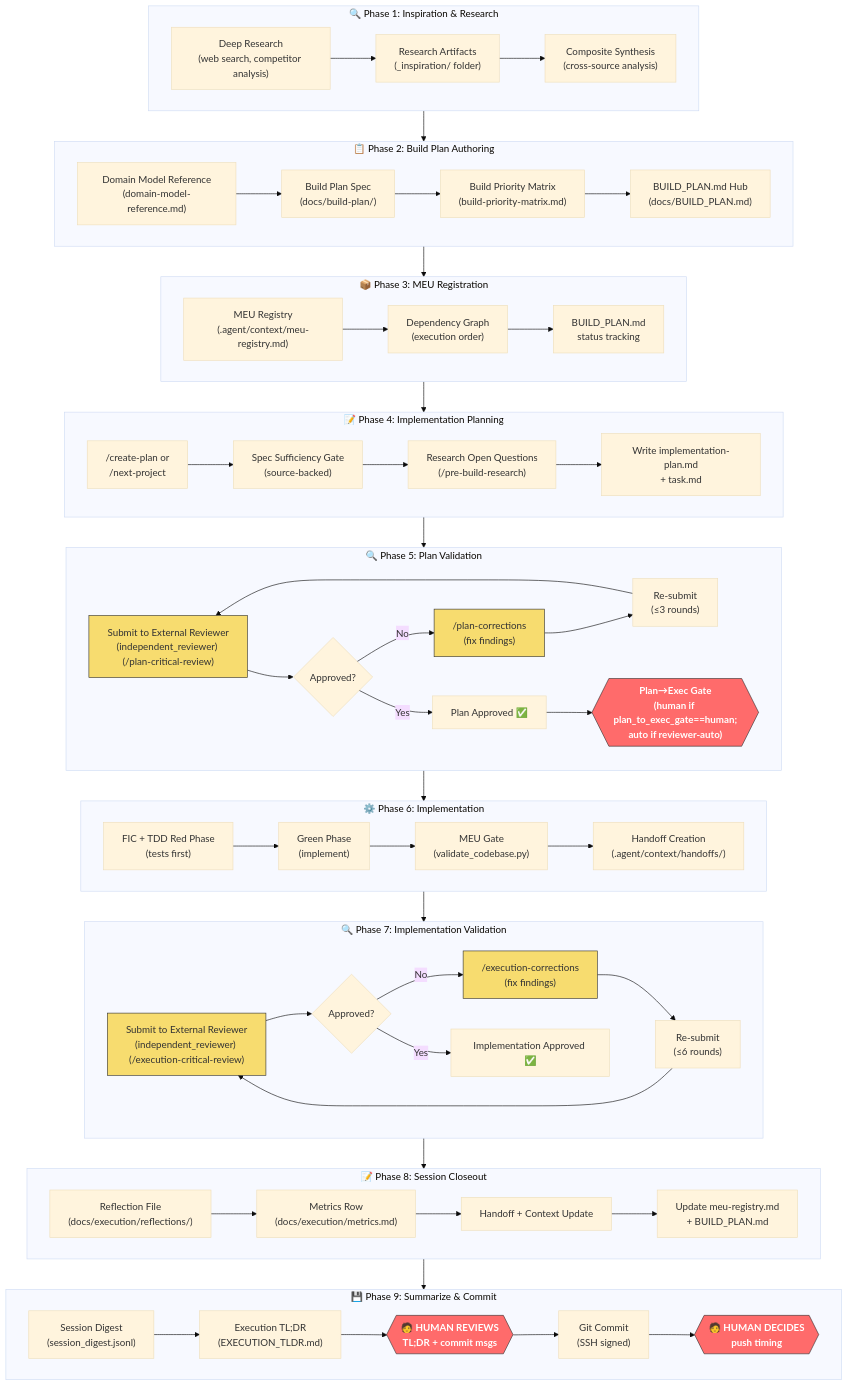
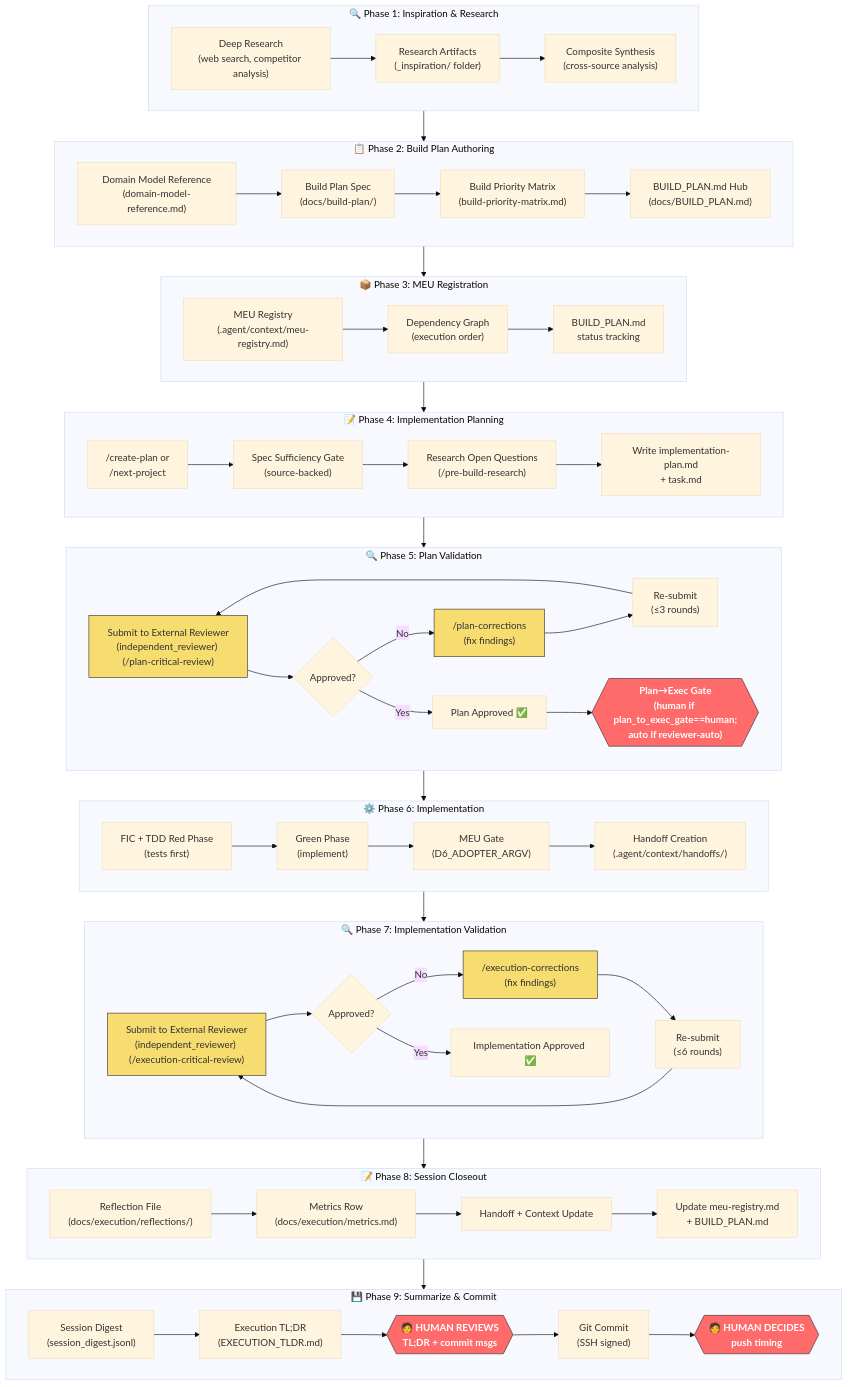
One commit to matbanik/agentic-framework changed the first of 3 diagrams in core/.agent/docs/development-lifecycle.md. Above: the diagram before and after it, drawn with Mermaid (base theme). The commit also changed other lines of this file and 72 other files, not shown here.

```diff
--- a/core/.agent/docs/development-lifecycle.md
+++ b/core/.agent/docs/development-lifecycle.md
@@ -62,7 +62,7 @@
     subgraph PHASE_6["⚙️ Phase 6: Implementation"]
         F1["FIC + TDD Red Phase<br/>(tests first)"]
         F2["Green Phase<br/>(implement)"]
-        F3["MEU Gate<br/>(validate_codebase.py)"]
+        F3["MEU Gate<br/>(D6_ADOPTER_ARGV)"]
         F4["Handoff Creation<br/>(.agent/context/handoffs/)"]
         F1 --> F2 --> F3 --> F4
     end
```
